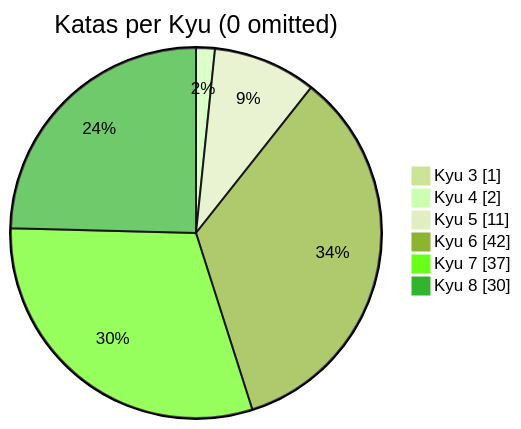
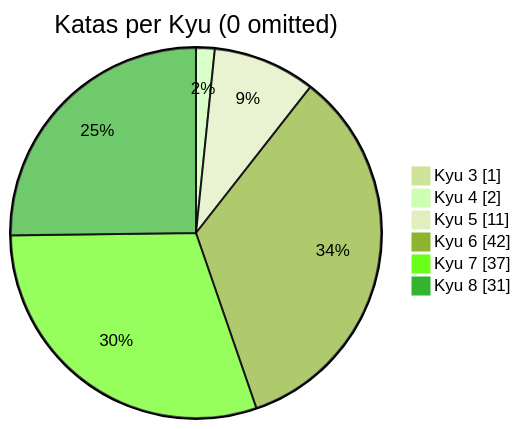
Before and after one commit to MauricioLudwig/codewars-typescript: the diagram in README.md, drawn with Mermaid (forest theme). The commit also changed other lines of this file, not shown here.

````diff
--- a/README.md
+++ b/README.md
@@ -21,10 +21,10 @@
 ```mermaid
 pie showData
     title Katas per Kyu (0 omitted)
 	"Kyu 3": 1
 	"Kyu 4": 2
 	"Kyu 5": 11
 	"Kyu 6": 42
 	"Kyu 7": 37
-	"Kyu 8": 30
+	"Kyu 8": 31
 ```
````
